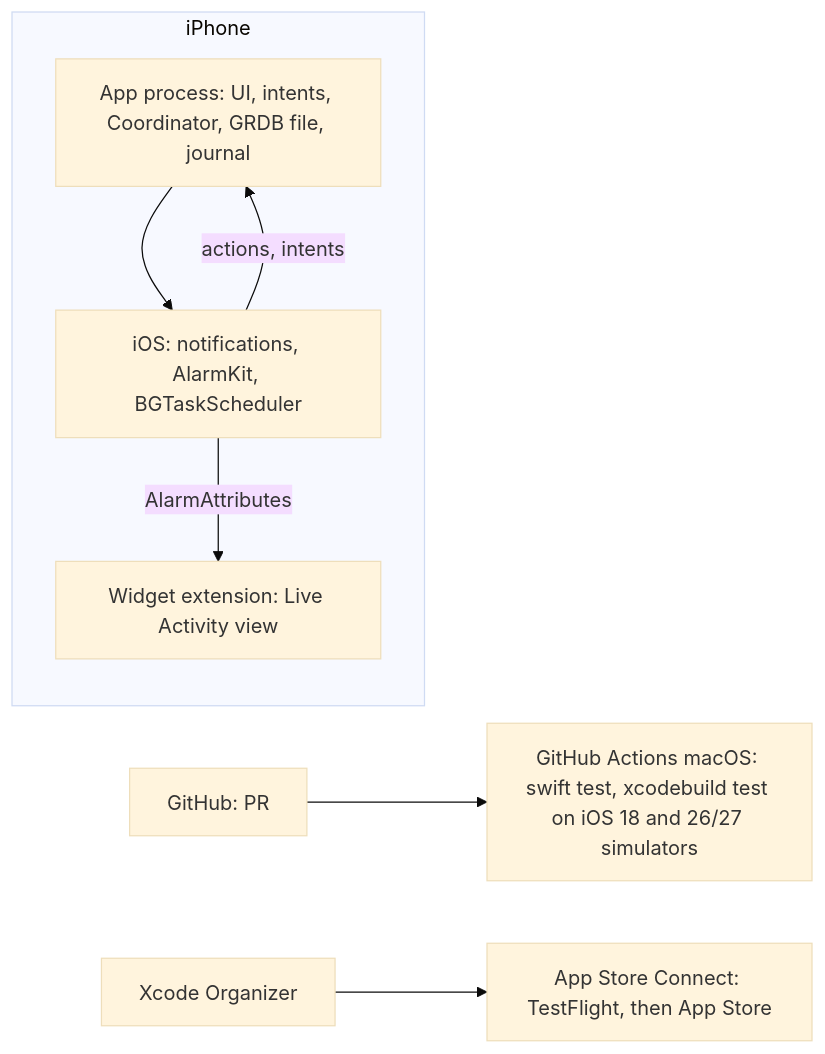
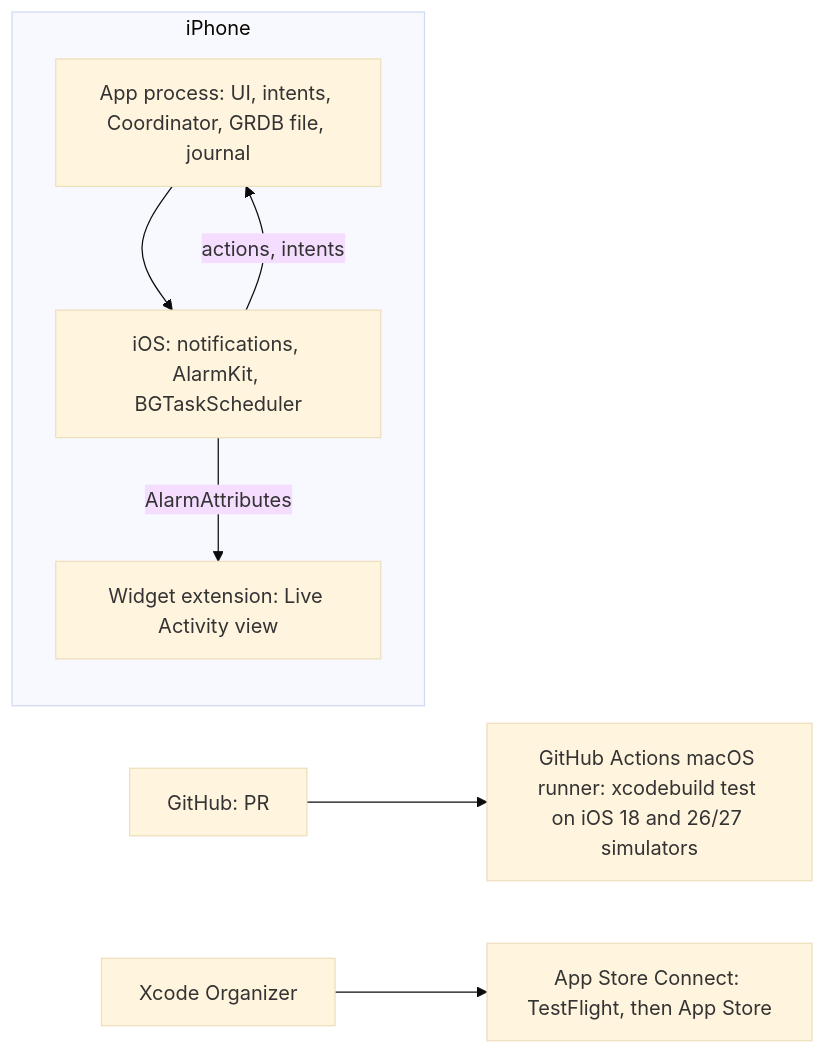
Before and after one commit to New-Reality-Interactive/nudge-inator: the fourth of 4 diagrams in docs/architecture/ARCHITECTURE-SPINE.md, drawn with Mermaid (base theme). The commit also changed other lines of this file and 1 other file, not shown here.

First line of the commit message:
Run every test through xcodebuild on simulators (Conventions, Seed)

````diff
--- a/docs/architecture/ARCHITECTURE-SPINE.md
+++ b/docs/architecture/ARCHITECTURE-SPINE.md
@@ -373,13 +373,13 @@
 ```mermaid
 graph LR
   subgraph Device[iPhone]
     AppP[App process: UI, intents, Coordinator, GRDB file, journal]
     WidgetP[Widget extension: Live Activity view]
     Sys[iOS: notifications, AlarmKit, BGTaskScheduler]
   end
   AppP --> Sys
   Sys -- actions, intents --> AppP
   Sys -- AlarmAttributes --> WidgetP
-  Dev[GitHub: PR] --> CI[GitHub Actions macOS: swift test, xcodebuild test on iOS 18 and 26/27 simulators]
+  Dev[GitHub: PR] --> CI[GitHub Actions macOS runner: xcodebuild test on iOS 18 and 26/27 simulators]
   Mac[Xcode Organizer] --> ASC[App Store Connect: TestFlight, then App Store]
 ```
````
